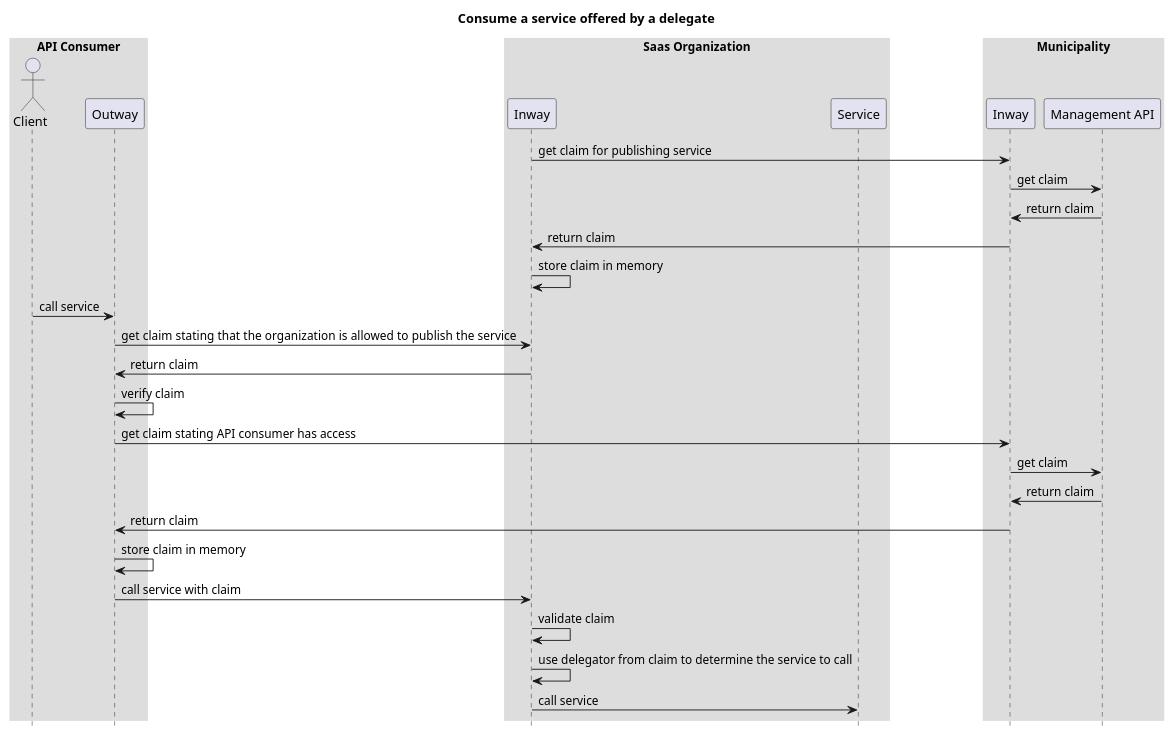
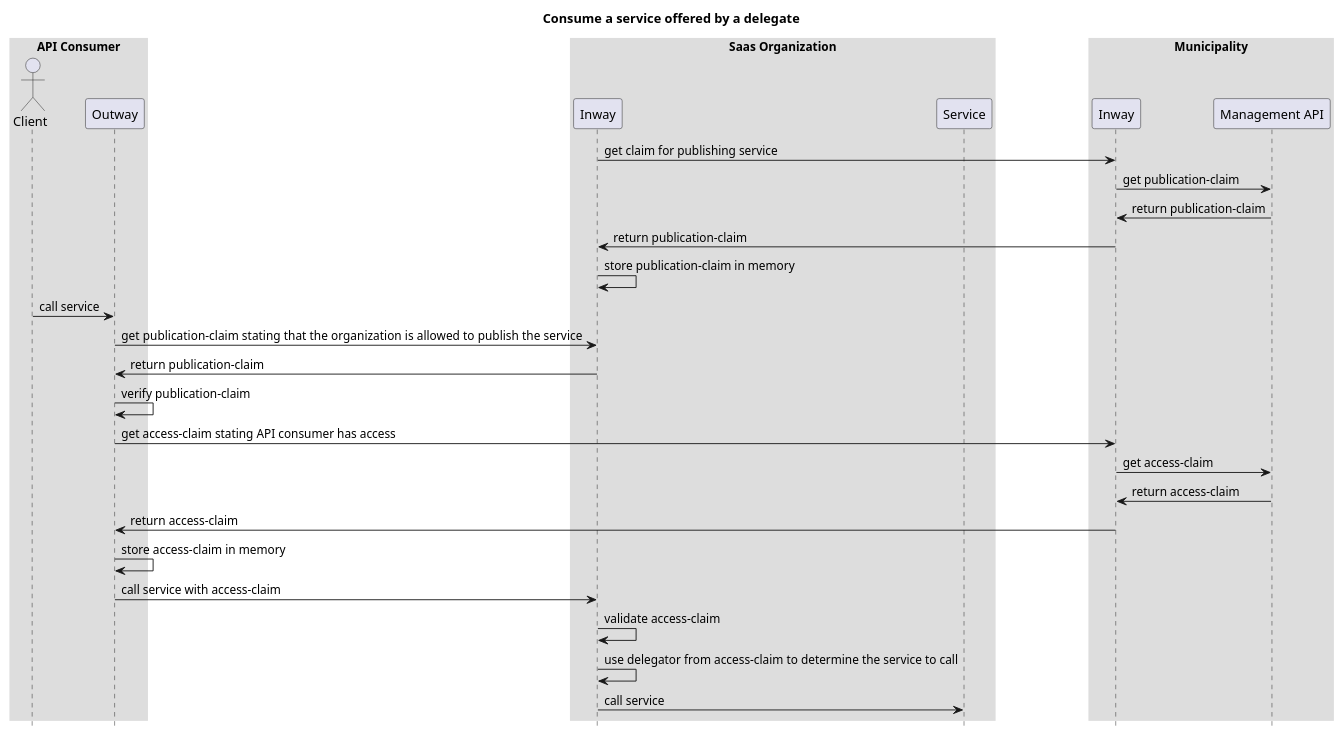
One commit to VNG-Realisatie/nlx changed the diagram in technical-docs/sequence-diagrams/data-delegation-consume-service.puml. Above: the diagram before and after it, drawn with PlantUML. The commit also changed 2 other files, not shown here.

Commit message:
docs: increase destinction between claims in the sequence diagrams
Issue: #1171

```diff
--- a/technical-docs/sequence-diagrams/data-delegation-consume-service.puml
+++ b/technical-docs/sequence-diagrams/data-delegation-consume-service.puml
@@ -1,44 +1,44 @@
 @startuml
 title: Consume a service offered by a delegate
 
 skinparam sequenceBoxBorderColor #transparent
 skinparam boxPadding 50
 hide footbox
 
 box "API Consumer"
 actor "Client" as clientConsumer
 participant "Outway" as outwayConsumer
 end box
 
 
 box "Saas Organization"
 participant "Inway" as inwaySaasOrganization
 participant "Service" as serviceSaasOrganization
 end box
 
 box "Municipality"
 participant "Inway" as inwayMunicipality
 participant "Management API" as managementAPIMunicipality
 end box
 
 inwaySaasOrganization -> inwayMunicipality: get claim for publishing service
-inwayMunicipality -> managementAPIMunicipality: get claim
-managementAPIMunicipality -> inwayMunicipality: return claim
-inwayMunicipality -> inwaySaasOrganization: return claim
-inwaySaasOrganization -> inwaySaasOrganization: store claim in memory
+inwayMunicipality -> managementAPIMunicipality: get publication-claim
+managementAPIMunicipality -> inwayMunicipality: return publication-claim
+inwayMunicipality -> inwaySaasOrganization: return publication-claim
+inwaySaasOrganization -> inwaySaasOrganization: store publication-claim in memory
 
 clientConsumer -> outwayConsumer: call service
-outwayConsumer -> inwaySaasOrganization: get claim stating that the organization is allowed to  publish the service
-inwaySaasOrganization -> outwayConsumer: return claim
-outwayConsumer -> outwayConsumer: verify claim
-outwayConsumer -> inwayMunicipality: get claim stating API consumer has access
-inwayMunicipality -> managementAPIMunicipality: get claim
-managementAPIMunicipality -> inwayMunicipality: return claim
-inwayMunicipality -> outwayConsumer: return claim
-outwayConsumer -> outwayConsumer: store claim in memory
-outwayConsumer -> inwaySaasOrganization: call service with claim
-inwaySaasOrganization -> inwaySaasOrganization: validate claim
-inwaySaasOrganization -> inwaySaasOrganization: use delegator from claim to determine the service to call
+outwayConsumer -> inwaySaasOrganization: get publication-claim stating that the organization is allowed to  publish the service
+inwaySaasOrganization -> outwayConsumer: return publication-claim
+outwayConsumer -> outwayConsumer: verify publication-claim
+outwayConsumer -> inwayMunicipality: get access-claim stating API consumer has access
+inwayMunicipality -> managementAPIMunicipality: get access-claim
+managementAPIMunicipality -> inwayMunicipality: return access-claim
+inwayMunicipality -> outwayConsumer: return access-claim
+outwayConsumer -> outwayConsumer: store access-claim in memory
+outwayConsumer -> inwaySaasOrganization: call service with access-claim
+inwaySaasOrganization -> inwaySaasOrganization: validate access-claim
+inwaySaasOrganization -> inwaySaasOrganization: use delegator from access-claim to determine the service to call
 inwaySaasOrganization -> serviceSaasOrganization: call service
 
 @enduml
```
